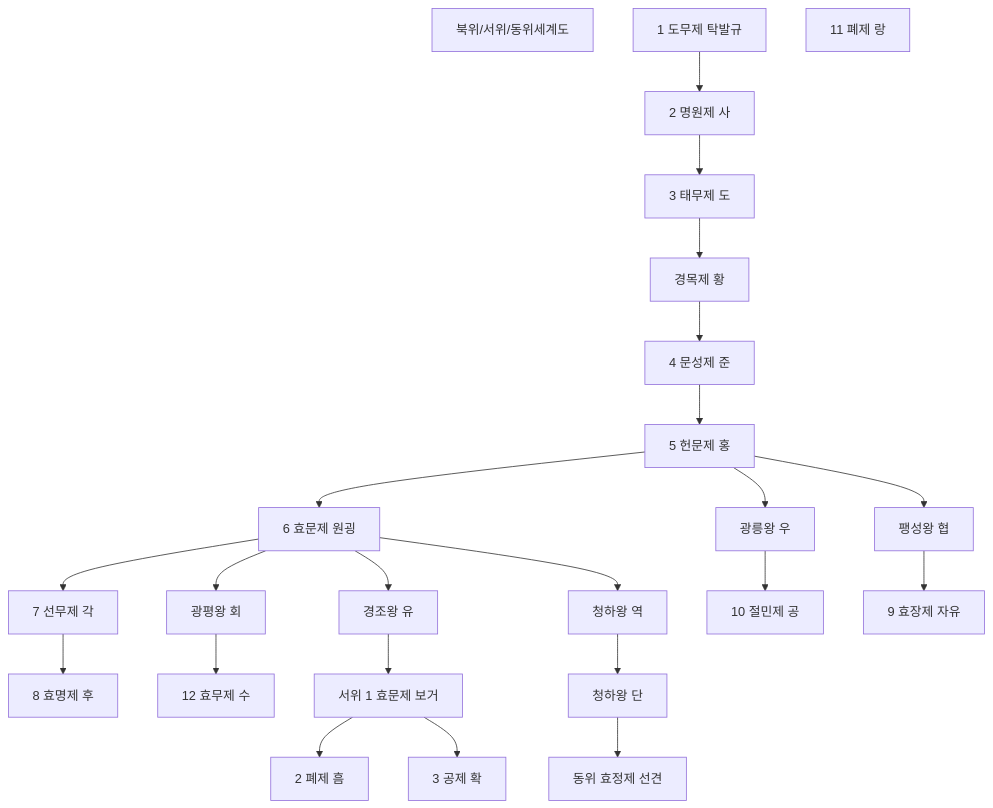
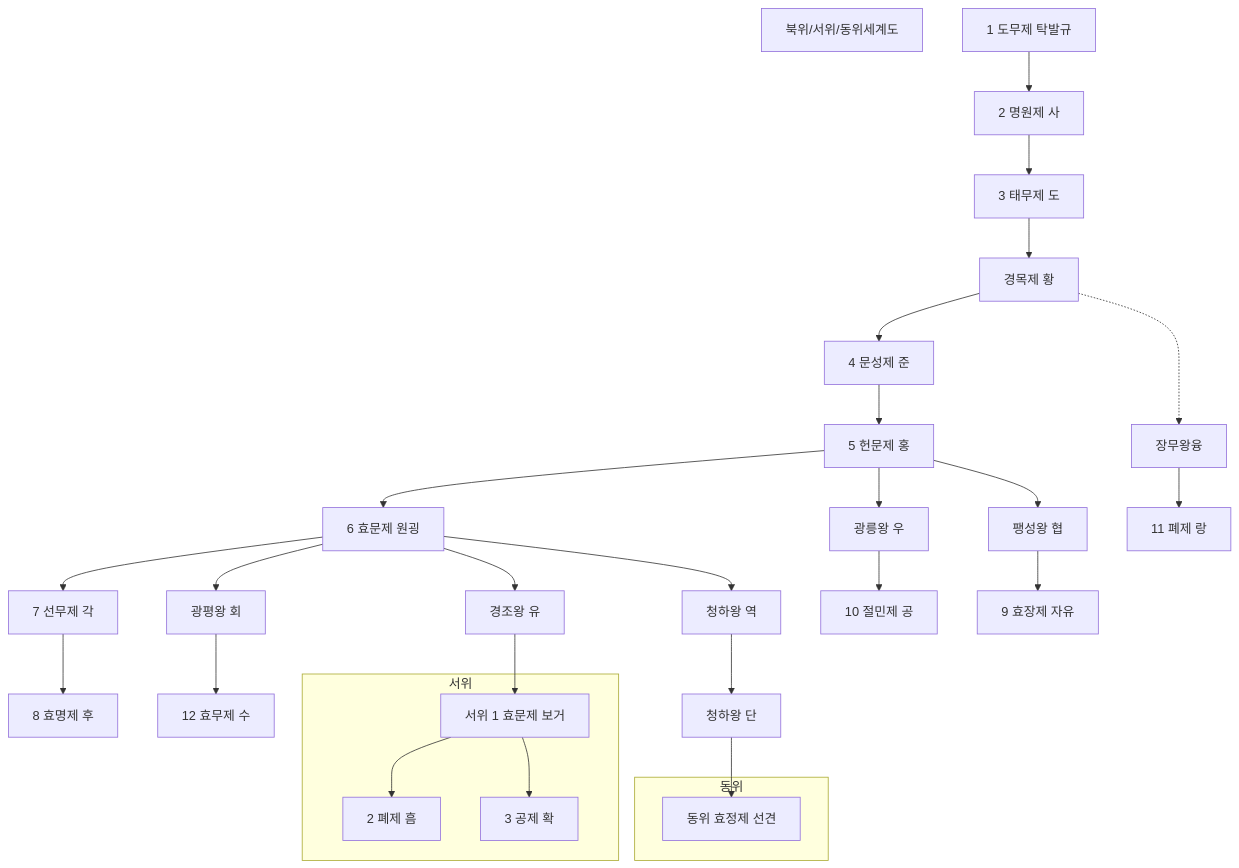
Before and after one commit to daewonyoon/historigram: the eighth of 10 diagrams in 중국사/위진남북조2.md, drawn with Mermaid. The commit also changed 2 other files, not shown here.

Commit message:
프랑스왕가, 위

````diff
--- a/중국사/위진남북조2.md
+++ b/중국사/위진남북조2.md
@@ -191,50 +191,57 @@
 ```mermaid
 graph TB
   북위/서위/동위세계도
   도무["1 도무제 탁발규"]
   명원["2 명원제 사"]
   태무["3 태무제 도"]
   경목["경목제 황"]
   문성["4 문성제 준"]
   헌문["5 헌문제 홍"]
   효문["6 효문제 원굉"]
   선무["7 선무제 각"]
   효명["8 효명제 후"]
   효장["9 효장제 자유"]
   절민["10 절민제 공"]
   폐제["11 폐제 랑"]
   효무["12 효무제 수"]
+  subgraph 서위
   서효문["서위 1 효문제 보거"]
   서폐["2 폐제 흠"]
   서공["3 공제 확"]
+  end
+
+  subgraph 동위
   동효정["동위 효정제 선견"]
+  end
   광평["광평왕 회"]
   경조["경조왕 유"]
   청하역["청하왕 역"]
   청하단["청하왕 단"]
   광릉["광릉왕 우"]
   팽성["팽성왕 협"]
   
   도무 --> 명원 
   명원 --> 태무
   태무 --> 경목
   경목 --> 문성
   문성 --> 헌문
   헌문 --> 효문
   헌문 --> 광릉
   광릉 --> 절민
   헌문 --> 팽성
   팽성 --> 효장
   효문 --> 선무
   효문 --> 광평
   광평 --> 효무
   효문 --> 경조
   경조 --> 서효문
   서효문 --> 서폐
   서효문 --> 서공
   효문 --> 청하역
   청하역 --> 청하단
   청하단 --> 동효정
   선무 --> 효명
+
+  경목 -..-> 장무왕융 --> 폐제 
   
 ```
````
